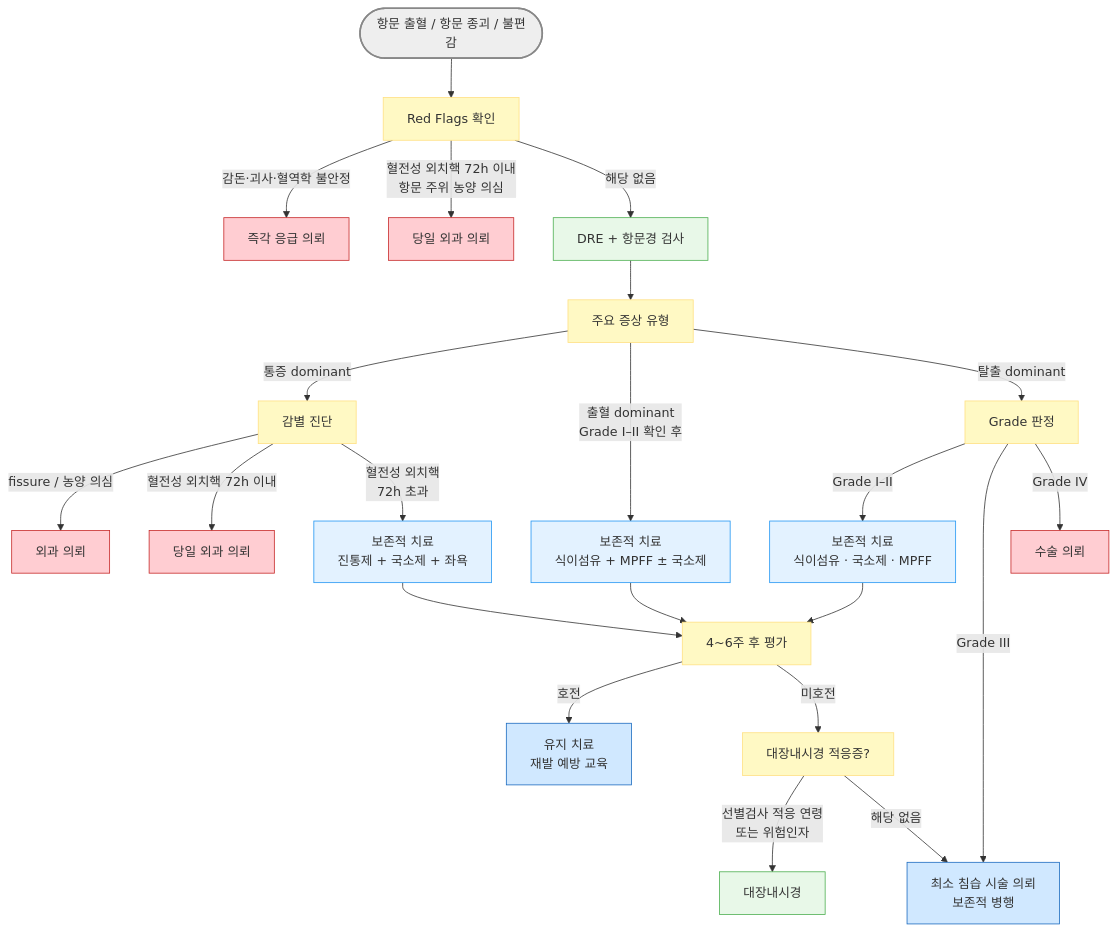
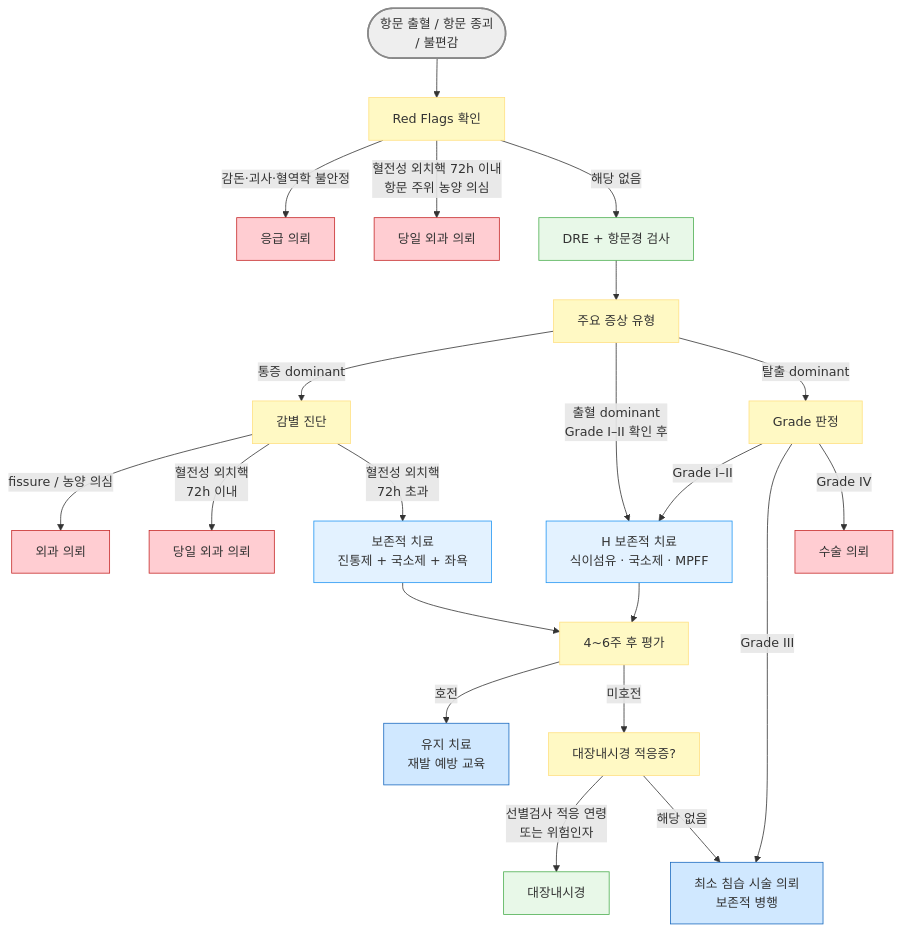
Before and after one commit to familyoh77/familyoh77: the diagram in 224_/089_-hemorrhoid.md, drawn with Mermaid. The commit also changed other lines of this file and 1 other file, not shown here.

Commit message:
GITBOOK-998: No subject

````diff
--- a/224_/089_-hemorrhoid.md
+++ b/224_/089_-hemorrhoid.md
@@ -79,35 +79,34 @@
 ```mermaid
 graph TD
-    A([항문 출혈 / 항문 종괴 / 불편감]) --> B[Red Flags 확인]
-    B -->|감돈·괴사·혈역학 불안정| C[즉각 응급 의뢰]
+    A([항문 출혈 / 항문 종괴 <br/>/ 불편감]) --> B[Red Flags 확인]
+    B -->|감돈·괴사·혈역학 불안정| C[응급 의뢰]
     B -->|혈전성 외치핵 72h 이내<br/>항문 주위 농양 의심| X[당일 외과 의뢰]
     B -->|해당 없음| E[DRE + 항문경 검사]
     E --> P[주요 증상 유형]
     P -->|통증 dominant| Q[감별 진단]
-    P -->|출혈 dominant<br/>Grade I–II 확인 후| R[보존적 치료<br/>식이섬유 + MPFF ± 국소제]
+    P -->|출혈 dominant<br/>Grade I–II 확인 후| H
     P -->|탈출 dominant| F[Grade 판정]
     Q -->|fissure / 농양 의심| S[외과 의뢰]
-    Q -->|혈전성 외치핵 72h 이내| D[당일 외과 의뢰]
+    Q -->|혈전성 외치핵 <br/>72h 이내| D[당일 외과 의뢰]
     Q -->|혈전성 외치핵<br/>72h 초과| G[보존적 치료<br/>진통제 + 국소제 + 좌욕]
-    R --> K[4~6주 후 평가]
-    G --> K
-    F -->|Grade I–II| H[보존적 치료<br/>식이섬유 · 국소제 · MPFF]
+    G --> K[4~6주 후 평가]
+    F -->|Grade I–II| H[H 보존적 치료<br/>식이섬유 · 국소제 · MPFF]
     F -->|Grade III| I[최소 침습 시술 의뢰<br/>보존적 병행]
     F -->|Grade IV| J[수술 의뢰]
     H --> K
     K -->|호전| L[유지 치료<br/>재발 예방 교육]
     K -->|미호전| M[대장내시경 적응증?]
     M -->|선별검사 적응 연령<br/>또는 위험인자| N[대장내시경]
     M -->|해당 없음| I
 style A fill:#eeeeee,stroke:#888888,stroke-width:2px
 classDef yellow fill:#fff9c4,stroke:#ffe082
 class B,P,Q,F,K,M yellow
 classDef L_red fill:#ffcdd2,stroke:#c62828
 class C,D,S,J,X L_red
 classDef sky fill:#e3f2ff,stroke:#2196f3
-class G,R,H sky
+class G,H sky
 classDef blue fill:#d0e8ff,stroke:#1a6abf
 class L,I blue
 classDef lightGreen fill:#e8f8e8,stroke:#4caf50
 class E,N lightGreen
 ```
````
